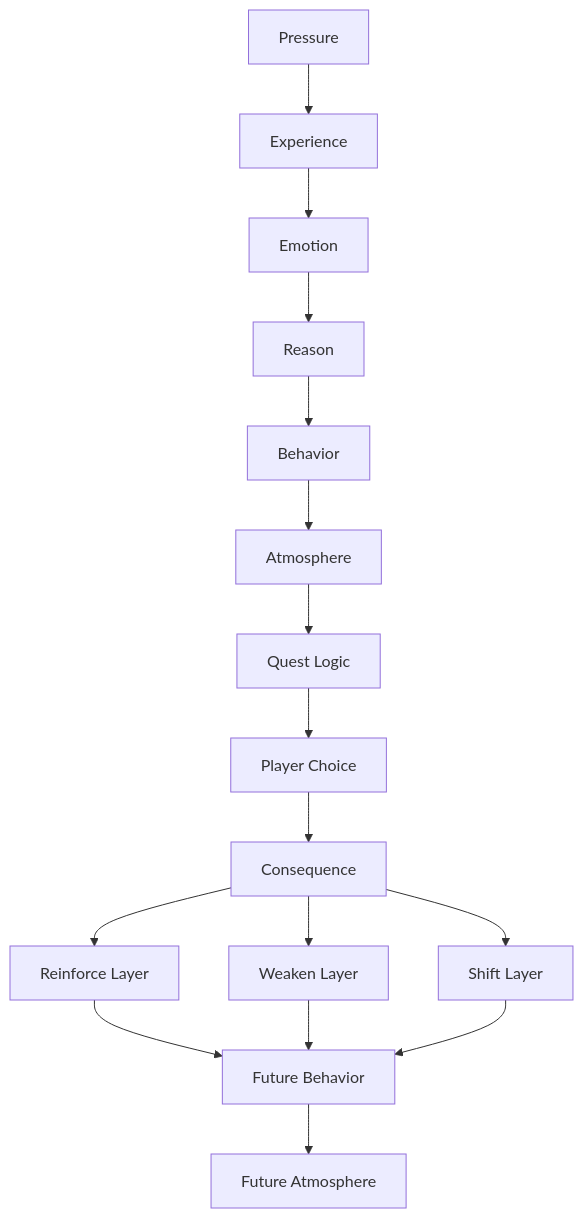
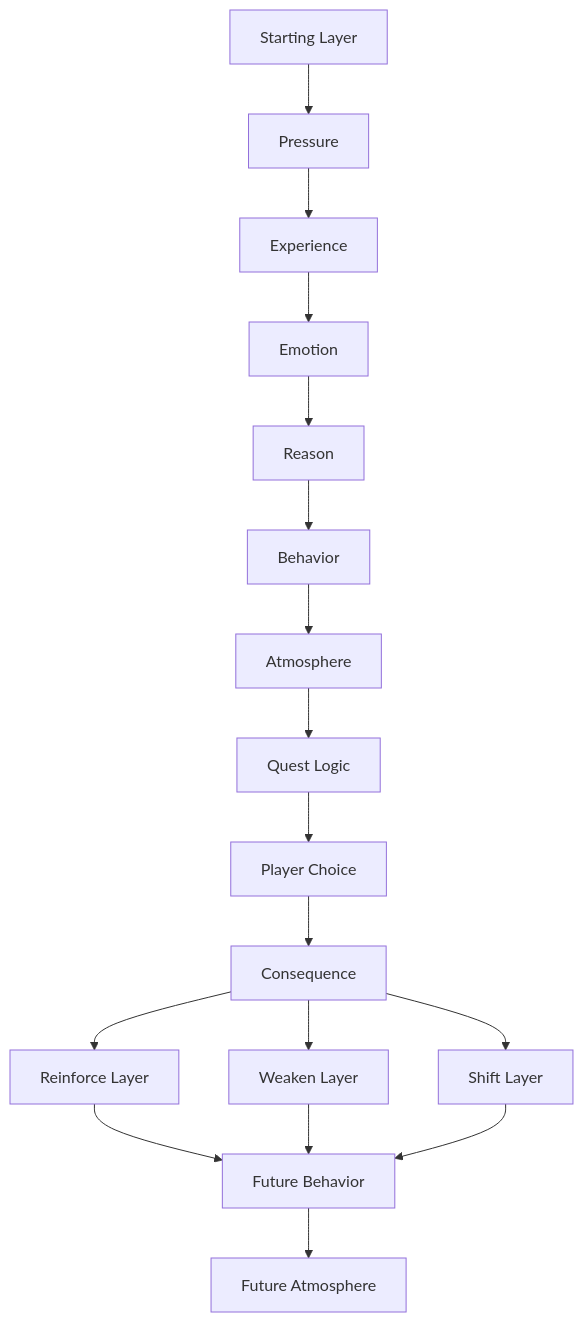
One commit to VediRago/Fragments changed the diagram in README.md. Above: the diagram before and after it, drawn with Mermaid. The commit also changed other lines of this file, not shown here.

Commit message:
Tighten README intro and method diagram

````diff
--- a/README.md
+++ b/README.md
@@ -45,20 +43,21 @@
 ```mermaid
 flowchart TD
-    A[Pressure] --> B[Experience]
-    B --> C[Emotion]
-    C --> D[Reason]
-    D --> E[Behavior]
-    E --> F[Atmosphere]
-    F --> G[Quest Logic]
-    G --> H[Player Choice]
-    H --> I[Consequence]
+    A[Starting Layer] --> B[Pressure]
+    B --> C[Experience]
+    C --> D[Emotion]
+    D --> E[Reason]
+    E --> F[Behavior]
+    F --> G[Atmosphere]
+    G --> H[Quest Logic]
+    H --> I[Player Choice]
+    I --> J[Consequence]
 
-    I --> J[Reinforce Layer]
-    I --> K[Weaken Layer]
-    I --> L[Shift Layer]
+    J --> K[Reinforce Layer]
+    J --> L[Weaken Layer]
+    J --> M[Shift Layer]
 
-    J --> M[Future Behavior]
-    K --> M
-    L --> M
-    M --> N[Future Atmosphere]
+    K --> N[Future Behavior]
+    L --> N
+    M --> N
+    N --> O[Future Atmosphere]
 ```
````
